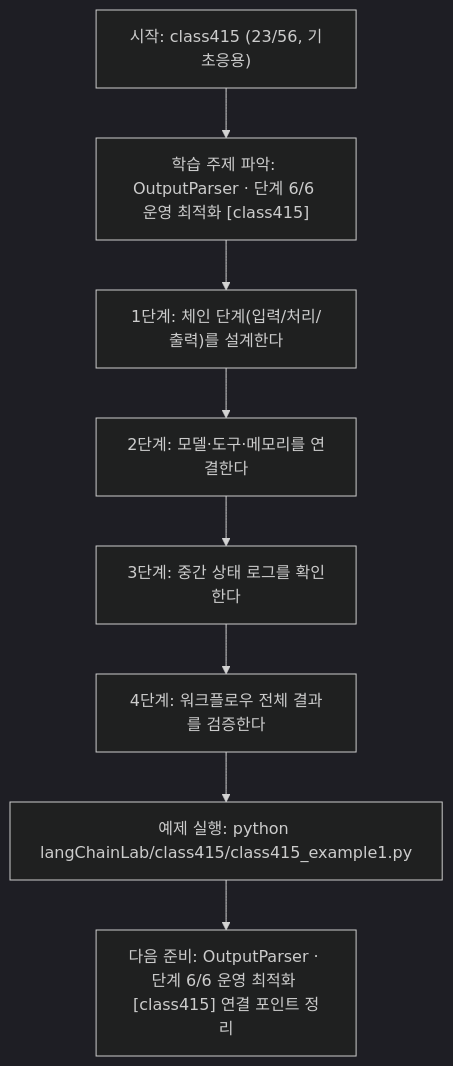
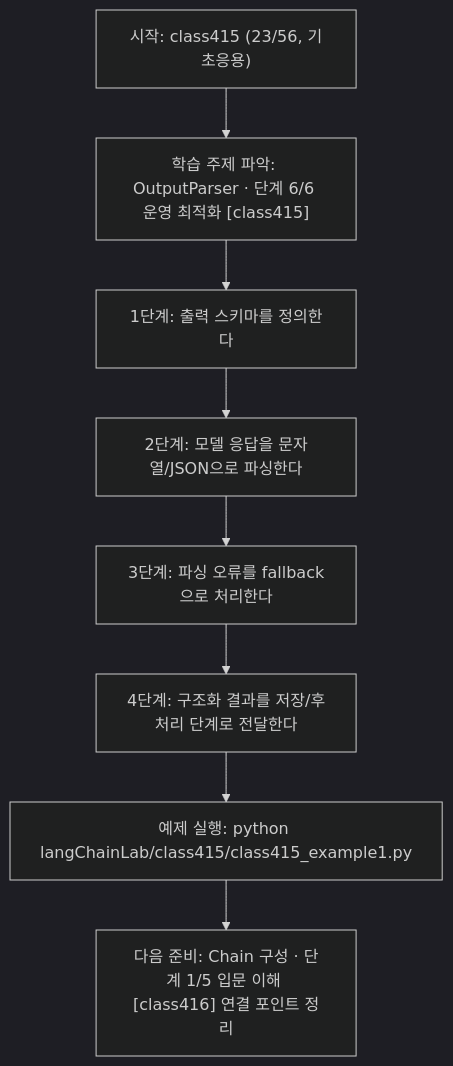
The diagram in langChainLab/class415/class415.md (edumgt/Python-AI_Agent-Class), drawn with Mermaid (dark theme) before and after one commit. The commit also changed other lines of this file and 395 other files, not shown here.

````diff
--- a/langChainLab/class415/class415.md
+++ b/langChainLab/class415/class415.md
@@ -108,18 +90,18 @@
 ```mermaid
 flowchart TD
 N1["시작: class415 (23/56, 기초응용)"]
 N2["학습 주제 파악: OutputParser · 단계 6/6 운영 최적화 [class415]"]
-N3["1단계: 체인 단계(입력/처리/출력)를 설계한다"]
-N4["2단계: 모델·도구·메모리를 연결한다"]
-N5["3단계: 중간 상태 로그를 확인한다"]
-N6["4단계: 워크플로우 전체 결과를 검증한다"]
+N3["1단계: 출력 스키마를 정의한다"]
+N4["2단계: 모델 응답을 문자열/JSON으로 파싱한다"]
+N5["3단계: 파싱 오류를 fallback으로 처리한다"]
+N6["4단계: 구조화 결과를 저장/후처리 단계로 전달한다"]
 N7["예제 실행: python langChainLab/class415/class415_example1.py"]
-N8["다음 준비: OutputParser · 단계 6/6 운영 최적화 [class415] 연결 포인트 정리"]
+N8["다음 준비: Chain 구성 · 단계 1/5 입문 이해 [class416] 연결 포인트 정리"]
 N1 --> N2
 N2 --> N3
 N3 --> N4
 N4 --> N5
 N5 --> N6
 N6 --> N7
 N7 --> N8
 ```
````
